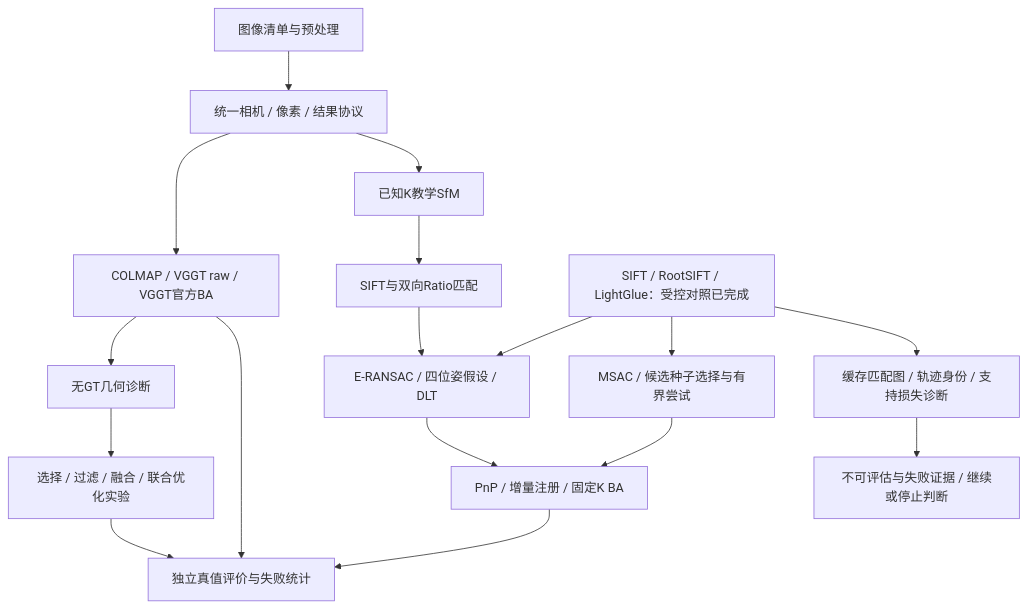
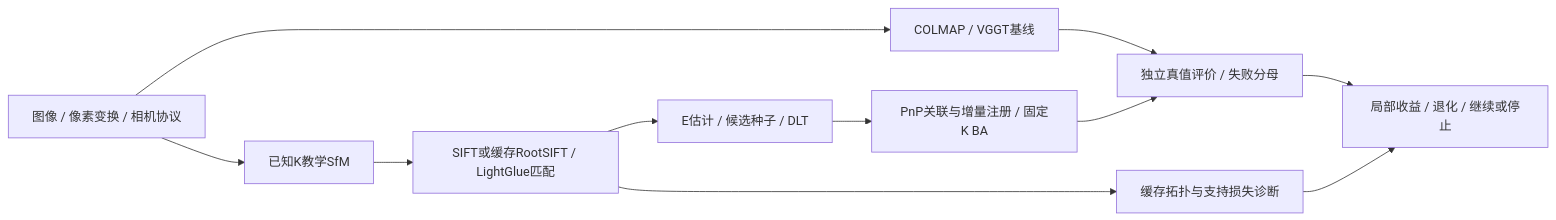
The diagram in README.md (zchming/GeoRecon-Fusion), drawn with Mermaid before and after one commit. The commit also changed other lines of this file and 1 other file, not shown here.

````diff
--- a/README.md
+++ b/README.md
@@ -33,19 +13,13 @@
 ```mermaid
-flowchart TD
-    I[图像清单与预处理] --> P[统一相机 / 像素 / 结果协议]
-    P --> B[COLMAP / VGGT raw / VGGT官方BA]
-    P --> T[已知K教学SfM]
-    T --> M[SIFT与双向Ratio匹配]
-    M --> E[E-RANSAC / 四位姿假设 / DLT]
-    E --> R[PnP / 增量注册 / 固定K BA]
-    B --> D[无GT几何诊断]
-    D --> F[选择 / 过滤 / 融合 / 联合优化实验]
-    B --> V[独立真值评价与失败统计]
+flowchart LR
+    I[图像 / 像素变换 / 相机协议] --> T[已知K教学SfM]
+    I --> B[COLMAP / VGGT基线]
+    T --> M[SIFT或缓存RootSIFT / LightGlue匹配]
+    M --> S[E估计 / 候选种子 / DLT]
+    S --> R[PnP关联与增量注册 / 固定K BA]
+    B --> V[独立真值评价 / 失败分母]
     R --> V
-    F --> V
-    L[SIFT / RootSIFT / LightGlue：受控对照已完成] --> E
-    L --> S[MSAC / 候选种子选择与有界尝试]
-    S --> R
-    L --> C[缓存匹配图 / 轨迹身份 / 支持损失诊断]
-    C --> N[不可评估与失败证据 / 继续或停止判断]
+    M --> D[缓存拓扑与支持损失诊断]
+    V --> F[局部收益 / 退化 / 继续或停止]
+    D --> F
 ```
````
